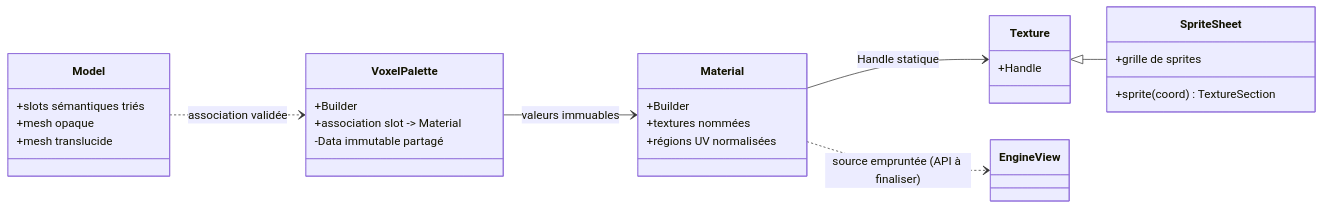
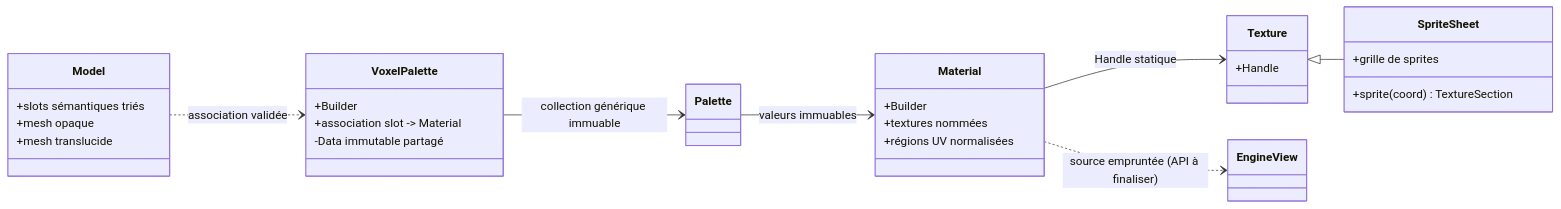
The first of 3 diagrams in docs/voxel-engine-v0.1.4/04-materiaux-textures-palettes.md (EreliaStudio/Sparkle), drawn with Mermaid before and after one commit. The commit also changed other lines of this file, not shown here.

Commit message:
PR-07: document generic Palette and voxel-specific checks without opacity

````diff
--- a/docs/voxel-engine-v0.1.4/04-materiaux-textures-palettes.md
+++ b/docs/voxel-engine-v0.1.4/04-materiaux-textures-palettes.md
@@ -7,31 +7,32 @@
 ```mermaid
 classDiagram
   direction LR
   class Material {
     +Builder
     +textures nommées
     +régions UV normalisées
   }
   class Texture {
     +Handle
   }
   class SpriteSheet {
     +sprite(coord) TextureSection
     +grille de sprites
   }
   class VoxelPalette {
     +Builder
     +association slot -> Material
     -Data immutable partagé
   }
   class Model {
     +slots sémantiques triés
     +mesh opaque
     +mesh translucide
   }
   Texture <|-- SpriteSheet
   Material --> Texture : Handle statique
   Material ..> EngineView : source empruntée (API à finaliser)
-  VoxelPalette --> Material : valeurs immuables
+  VoxelPalette --> Palette : collection générique immuable
+  Palette --> Material : valeurs immuables
   Model ..> VoxelPalette : association validée
 ```
````
